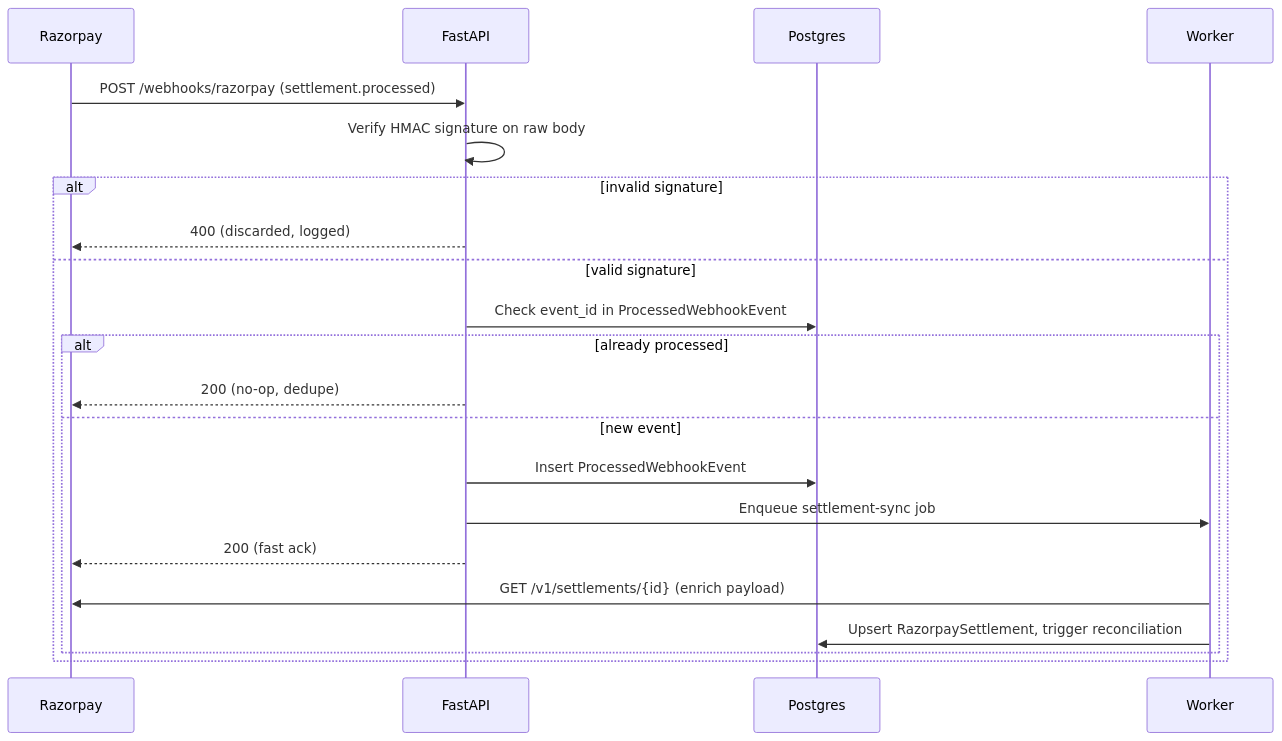
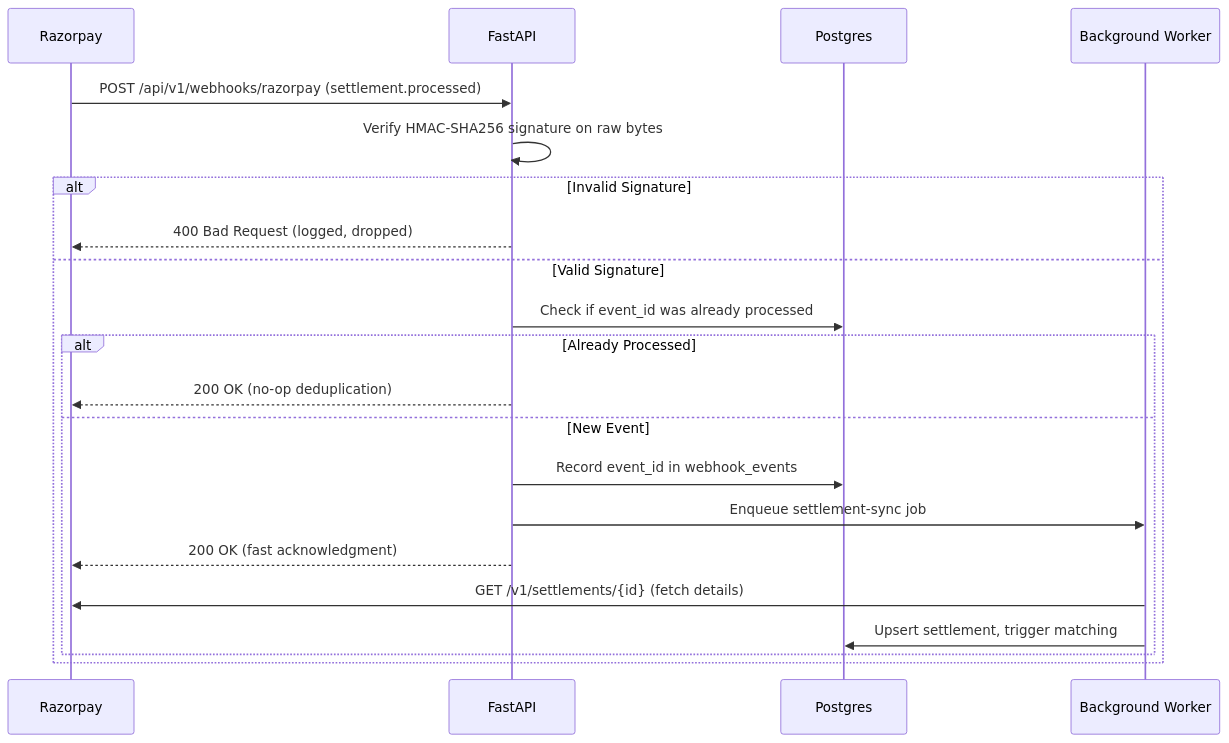
The third of 4 diagrams in SYSTEM-DESIGN.md (AkshayHaldar/ReconGrid-AI), drawn with Mermaid before and after one commit. The commit also changed other lines of this file and 7 other files, not shown here.

````diff
--- a/SYSTEM-DESIGN.md
+++ b/SYSTEM-DESIGN.md
@@ -69,24 +85,24 @@
 ```mermaid
 sequenceDiagram
     participant RZP as Razorpay
     participant API as FastAPI
     participant DB as Postgres
-    participant W as Worker
+    participant Worker as Background Worker
 
-    RZP->>API: POST /webhooks/razorpay (settlement.processed)
-    API->>API: Verify HMAC signature on raw body
-    alt invalid signature
-        API-->>RZP: 400 (discarded, logged)
-    else valid signature
-        API->>DB: Check event_id in ProcessedWebhookEvent
-        alt already processed
-            API-->>RZP: 200 (no-op, dedupe)
-        else new event
-            API->>DB: Insert ProcessedWebhookEvent
-            API->>W: Enqueue settlement-sync job
-            API-->>RZP: 200 (fast ack)
-            W->>RZP: GET /v1/settlements/{id} (enrich payload)
-            W->>DB: Upsert RazorpaySettlement, trigger reconciliation
+    RZP->>API: POST /api/v1/webhooks/razorpay (settlement.processed)
+    API->>API: Verify HMAC-SHA256 signature on raw bytes
+    alt Invalid Signature
+        API-->>RZP: 400 Bad Request (logged, dropped)
+    else Valid Signature
+        API->>DB: Check if event_id was already processed
+        alt Already Processed
+            API-->>RZP: 200 OK (no-op deduplication)
+        else New Event
+            API->>DB: Record event_id in webhook_events
+            API->>Worker: Enqueue settlement-sync job
+            API-->>RZP: 200 OK (fast acknowledgment)
+            Worker->>RZP: GET /v1/settlements/{id} (fetch details)
+            Worker->>DB: Upsert settlement, trigger matching
         end
     end
 ```
````
